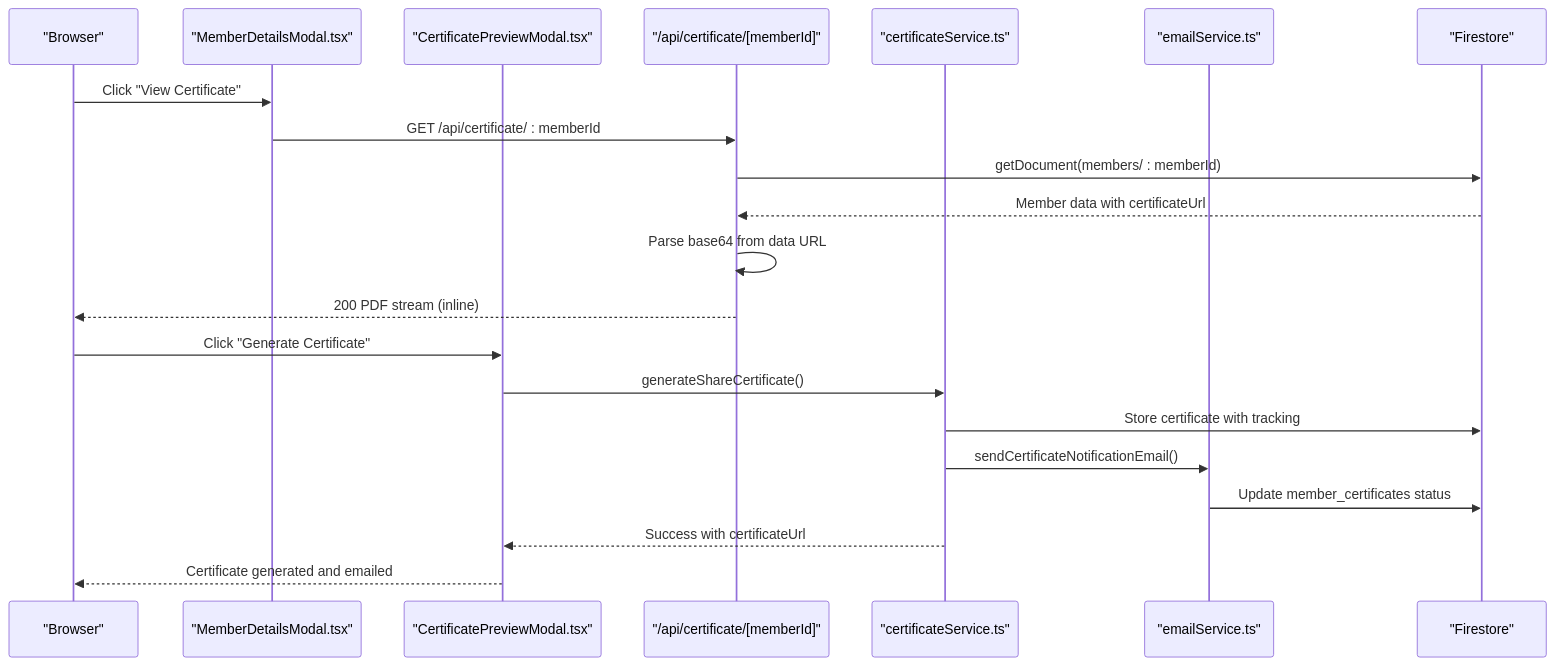
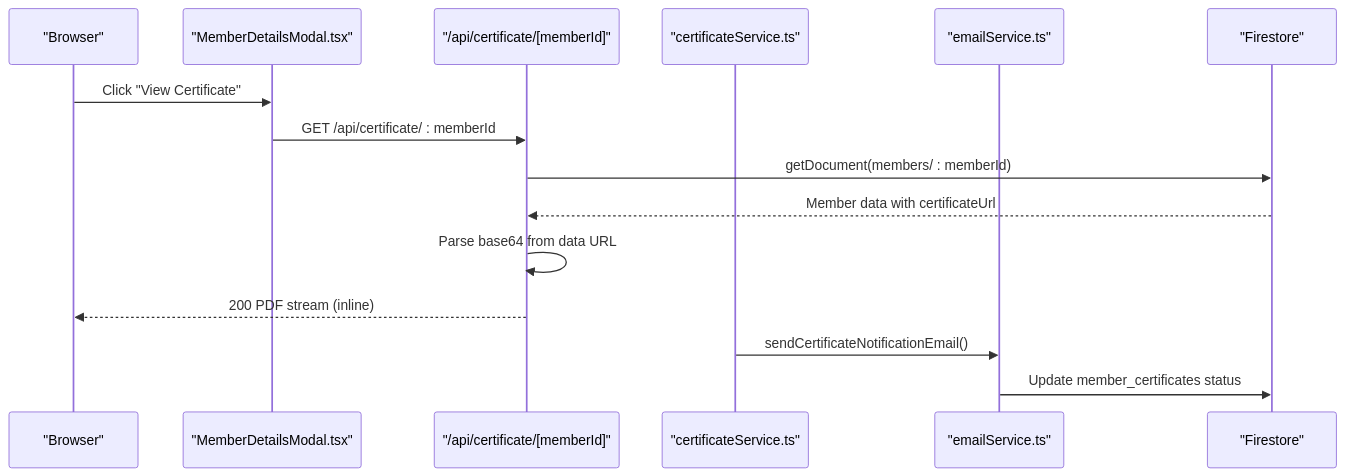
Before and after one commit to Unsure-bry/sampacoop_system: the second of 6 diagrams in .qoder/repowiki/en/content/Email & Notification System/Certificate Generation System.md, drawn with Mermaid. The commit also changed other lines of this file and 24 other files, not shown here.

````diff
--- a/.qoder/repowiki/en/content/Email & Notification System/Certificate Generation System.md
+++ b/.qoder/repowiki/en/content/Email & Notification System/Certificate Generation System.md
@@ -126,23 +132,17 @@
 ```mermaid
 sequenceDiagram
 participant Client as "Browser"
 participant UI as "MemberDetailsModal.tsx"
-participant Preview as "CertificatePreviewModal.tsx"
 participant API as "/api/certificate/[memberId]"
 participant Service as "certificateService.ts"
 participant Email as "emailService.ts"
 participant FS as "Firestore"
 Client->>UI : Click "View Certificate"
 UI->>API : GET /api/certificate/ : memberId
 API->>FS : getDocument(members/ : memberId)
 FS-->>API : Member data with certificateUrl
 API->>API : Parse base64 from data URL
 API-->>Client : 200 PDF stream (inline)
-Client->>Preview : Click "Generate Certificate"
-Preview->>Service : generateShareCertificate()
-Service->>FS : Store certificate with tracking
 Service->>Email : sendCertificateNotificationEmail()
 Email->>FS : Update member_certificates status
-Service-->>Preview : Success with certificateUrl
-Preview-->>Client : Certificate generated and emailed
 ```
````
